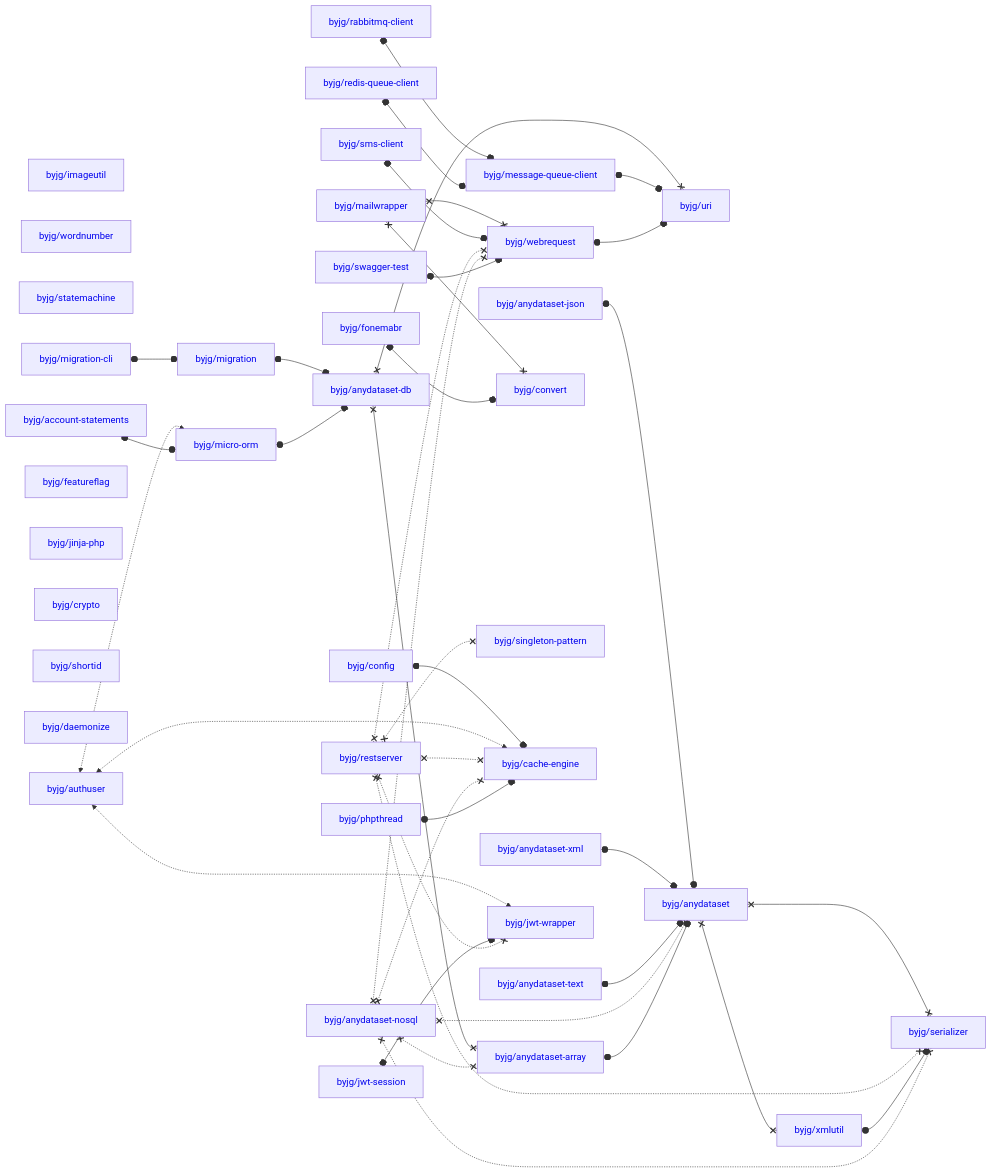
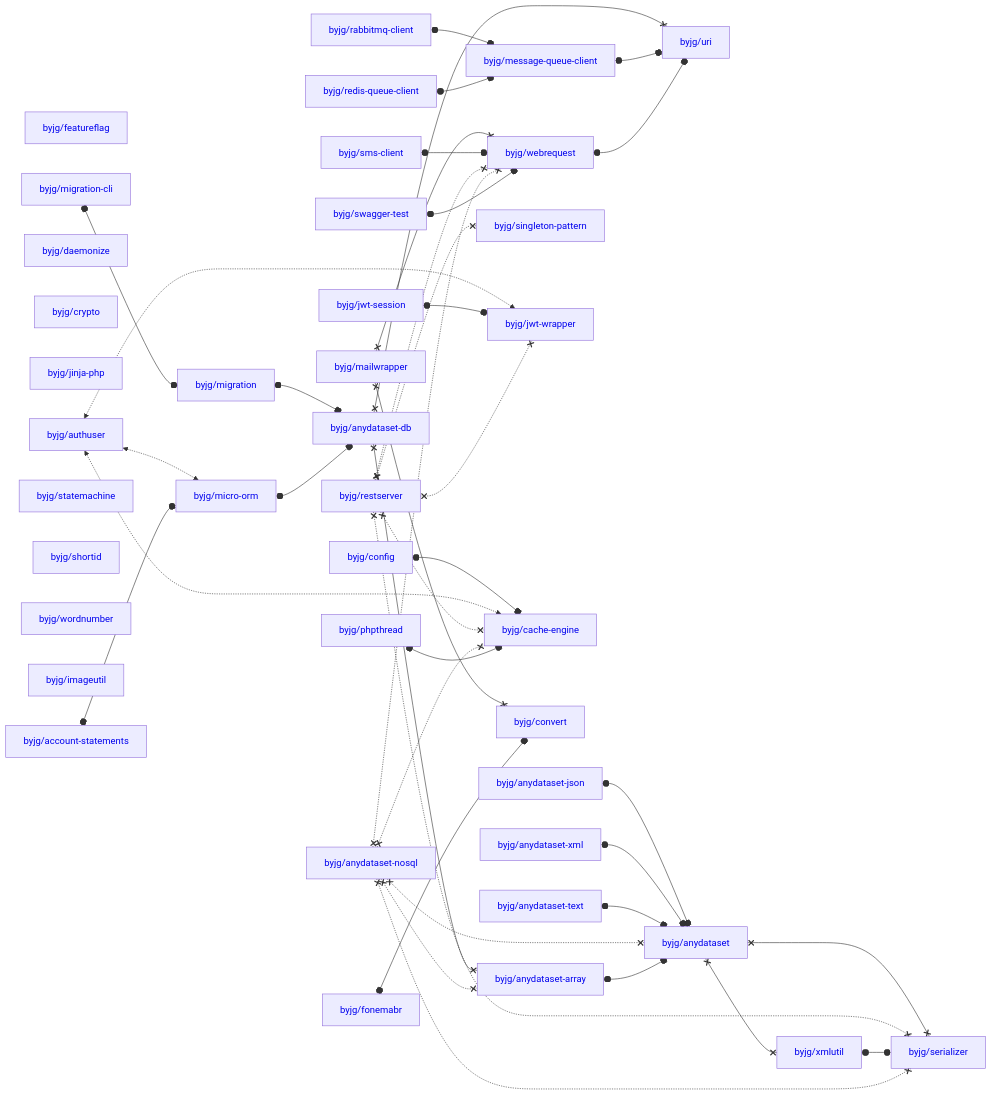
One commit to byjg/byjg.github.io changed the diagram in docs/php/README.md. Above: the diagram before and after it, drawn with Mermaid. The commit also changed other lines of this file, not shown here.

Commit message:
Update documentation 'php' 'php-migration'

````diff
--- a/docs/php/README.md
+++ b/docs/php/README.md
@@ -3,80 +3,80 @@
 ```mermaid
 graph LR;
+  byjg/featureflag[<a href='https://opensource.byjg.com/docs/php/featureflag' style='text-decoration:none'>byjg/featureflag</a>];
+  byjg/anydataset-xml[<a href='https://opensource.byjg.com/docs/php/anydataset-xml' style='text-decoration:none'>byjg/anydataset-xml</a>];
+  byjg/restserver[<a href='https://opensource.byjg.com/docs/php/restserver' style='text-decoration:none'>byjg/restserver</a>];
+  byjg/authuser[<a href='https://opensource.byjg.com/docs/php/authuser' style='text-decoration:none'>byjg/authuser</a>];
+  byjg/daemonize[<a href='https://opensource.byjg.com/docs/php/daemonize' style='text-decoration:none'>byjg/daemonize</a>];
+  byjg/jwt-session[<a href='https://opensource.byjg.com/docs/php/jwt-session' style='text-decoration:none'>byjg/jwt-session</a>];
+  byjg/crypto[<a href='https://opensource.byjg.com/docs/php/crypto' style='text-decoration:none'>byjg/crypto</a>];
+  byjg/fonemabr[<a href='https://opensource.byjg.com/docs/php/fonemabr' style='text-decoration:none'>byjg/fonemabr</a>];
+  byjg/config[<a href='https://opensource.byjg.com/docs/php/config' style='text-decoration:none'>byjg/config</a>];
+  byjg/anydataset-nosql[<a href='https://opensource.byjg.com/docs/php/anydataset-nosql' style='text-decoration:none'>byjg/anydataset-nosql</a>];
+  byjg/sms-client[<a href='https://opensource.byjg.com/docs/php/sms-client' style='text-decoration:none'>byjg/sms-client</a>];
+  byjg/jinja-php[<a href='https://opensource.byjg.com/docs/php/jinja-php' style='text-decoration:none'>byjg/jinja-php</a>];
+  byjg/account-statements[<a href='https://opensource.byjg.com/docs/php/account-statements' style='text-decoration:none'>byjg/account-statements</a>];
+  byjg/statemachine[<a href='https://opensource.byjg.com/docs/php/statemachine' style='text-decoration:none'>byjg/statemachine</a>];
+  byjg/phpthread[<a href='https://opensource.byjg.com/docs/php/phpthread' style='text-decoration:none'>byjg/phpthread</a>];
+  byjg/rabbitmq-client[<a href='https://opensource.byjg.com/docs/php/rabbitmq-client' style='text-decoration:none'>byjg/rabbitmq-client</a>];
+  byjg/shortid[<a href='https://opensource.byjg.com/docs/php/shortid' style='text-decoration:none'>byjg/shortid</a>];
+  byjg/swagger-test[<a href='https://opensource.byjg.com/docs/php/swagger-test' style='text-decoration:none'>byjg/swagger-test</a>];
+  byjg/mailwrapper[<a href='https://opensource.byjg.com/docs/php/mailwrapper' style='text-decoration:none'>byjg/mailwrapper</a>];
+  byjg/wordnumber[<a href='https://opensource.byjg.com/docs/php/wordnumber' style='text-decoration:none'>byjg/wordnumber</a>];
   byjg/redis-queue-client[<a href='https://opensource.byjg.com/docs/php/redis-queue-client' style='text-decoration:none'>byjg/redis-queue-client</a>];
+  byjg/imageutil[<a href='https://opensource.byjg.com/docs/php/imageutil' style='text-decoration:none'>byjg/imageutil</a>];
+  byjg/migration-cli[<a href='https://opensource.byjg.com/docs/php/migration-cli' style='text-decoration:none'>byjg/migration-cli</a>];
   byjg/anydataset-text[<a href='https://opensource.byjg.com/docs/php/anydataset-text' style='text-decoration:none'>byjg/anydataset-text</a>];
-  byjg/imageutil[<a href='https://opensource.byjg.com/docs/php/imageutil' style='text-decoration:none'>byjg/imageutil</a>];
-  byjg/wordnumber[<a href='https://opensource.byjg.com/docs/php/wordnumber' style='text-decoration:none'>byjg/wordnumber</a>];
-  byjg/phpthread[<a href='https://opensource.byjg.com/docs/php/phpthread' style='text-decoration:none'>byjg/phpthread</a>];
-  byjg/anydataset-xml[<a href='https://opensource.byjg.com/docs/php/anydataset-xml' style='text-decoration:none'>byjg/anydataset-xml</a>];
-  byjg/rabbitmq-client[<a href='https://opensource.byjg.com/docs/php/rabbitmq-client' style='text-decoration:none'>byjg/rabbitmq-client</a>];
-  byjg/statemachine[<a href='https://opensource.byjg.com/docs/php/statemachine' style='text-decoration:none'>byjg/statemachine</a>];
-  byjg/account-statements[<a href='https://opensource.byjg.com/docs/php/account-statements' style='text-decoration:none'>byjg/account-statements</a>];
-  byjg/fonemabr[<a href='https://opensource.byjg.com/docs/php/fonemabr' style='text-decoration:none'>byjg/fonemabr</a>];
-  byjg/authuser[<a href='https://opensource.byjg.com/docs/php/authuser' style='text-decoration:none'>byjg/authuser</a>];
-  byjg/featureflag[<a href='https://opensource.byjg.com/docs/php/featureflag' style='text-decoration:none'>byjg/featureflag</a>];
   byjg/anydataset-json[<a href='https://opensource.byjg.com/docs/php/anydataset-json' style='text-decoration:none'>byjg/anydataset-json</a>];
-  byjg/swagger-test[<a href='https://opensource.byjg.com/docs/php/swagger-test' style='text-decoration:none'>byjg/swagger-test</a>];
-  byjg/jinja-php[<a href='https://opensource.byjg.com/docs/php/jinja-php' style='text-decoration:none'>byjg/jinja-php</a>];
-  byjg/sms-client[<a href='https://opensource.byjg.com/docs/php/sms-client' style='text-decoration:none'>byjg/sms-client</a>];
-  byjg/crypto[<a href='https://opensource.byjg.com/docs/php/crypto' style='text-decoration:none'>byjg/crypto</a>];
-  byjg/shortid[<a href='https://opensource.byjg.com/docs/php/shortid' style='text-decoration:none'>byjg/shortid</a>];
-  byjg/anydataset-nosql[<a href='https://opensource.byjg.com/docs/php/anydataset-nosql' style='text-decoration:none'>byjg/anydataset-nosql</a>];
-  byjg/daemonize[<a href='https://opensource.byjg.com/docs/php/daemonize' style='text-decoration:none'>byjg/daemonize</a>];
-  byjg/config[<a href='https://opensource.byjg.com/docs/php/config' style='text-decoration:none'>byjg/config</a>];
-  byjg/mailwrapper[<a href='https://opensource.byjg.com/docs/php/mailwrapper' style='text-decoration:none'>byjg/mailwrapper</a>];
-  byjg/jwt-session[<a href='https://opensource.byjg.com/docs/php/jwt-session' style='text-decoration:none'>byjg/jwt-session</a>];
-  byjg/migration-cli[<a href='https://opensource.byjg.com/docs/php/migration-cli' style='text-decoration:none'>byjg/migration-cli</a>];
-  byjg/restserver[<a href='https://opensource.byjg.com/docs/php/restserver' style='text-decoration:none'>byjg/restserver</a>];
+  byjg/singleton-pattern[<a href='https://opensource.byjg.com/docs/php/singleton-pattern' style='text-decoration:none'>byjg/singleton-pattern</a>];
+  byjg/jwt-wrapper[<a href='https://opensource.byjg.com/docs/php/jwt-wrapper' style='text-decoration:none'>byjg/jwt-wrapper</a>];
+  byjg/micro-orm[<a href='https://opensource.byjg.com/docs/php/micro-orm' style='text-decoration:none'>byjg/micro-orm</a>];
+  byjg/cache-engine[<a href='https://opensource.byjg.com/docs/php/cache-engine' style='text-decoration:none'>byjg/cache-engine</a>];
+  byjg/convert[<a href='https://opensource.byjg.com/docs/php/convert' style='text-decoration:none'>byjg/convert</a>];
+  byjg/webrequest[<a href='https://opensource.byjg.com/docs/php/webrequest' style='text-decoration:none'>byjg/webrequest</a>];
   byjg/message-queue-client[<a href='https://opensource.byjg.com/docs/php/message-queue-client' style='text-decoration:none'>byjg/message-queue-client</a>];
-  byjg/micro-orm[<a href='https://opensource.byjg.com/docs/php/micro-orm' style='text-decoration:none'>byjg/micro-orm</a>];
-  byjg/convert[<a href='https://opensource.byjg.com/docs/php/convert' style='text-decoration:none'>byjg/convert</a>];
   byjg/migration[<a href='https://opensource.byjg.com/docs/php/migration' style='text-decoration:none'>byjg/migration</a>];
-  byjg/singleton-pattern[<a href='https://opensource.byjg.com/docs/php/singleton-pattern' style='text-decoration:none'>byjg/singleton-pattern</a>];
-  byjg/cache-engine[<a href='https://opensource.byjg.com/docs/php/cache-engine' style='text-decoration:none'>byjg/cache-engine</a>];
-  byjg/webrequest[<a href='https://opensource.byjg.com/docs/php/webrequest' style='text-decoration:none'>byjg/webrequest</a>];
-  byjg/jwt-wrapper[<a href='https://opensource.byjg.com/docs/php/jwt-wrapper' style='text-decoration:none'>byjg/jwt-wrapper</a>];
   byjg/anydataset-db[<a href='https://opensource.byjg.com/docs/php/anydataset-db' style='text-decoration:none'>byjg/anydataset-db</a>];
   byjg/anydataset-array[<a href='https://opensource.byjg.com/docs/php/anydataset-array' style='text-decoration:none'>byjg/anydataset-array</a>];
   byjg/uri[<a href='https://opensource.byjg.com/docs/php/uri' style='text-decoration:none'>byjg/uri</a>];
   byjg/anydataset[<a href='https://opensource.byjg.com/docs/php/anydataset' style='text-decoration:none'>byjg/anydataset</a>];
   byjg/xmlutil[<a href='https://opensource.byjg.com/docs/php/xmlutil' style='text-decoration:none'>byjg/xmlutil</a>];
   byjg/serializer[<a href='https://opensource.byjg.com/docs/php/serializer' style='text-decoration:none'>byjg/serializer</a>];
   byjg/config o--o byjg/cache-engine;
   byjg/migration o--o byjg/anydataset-db;
   byjg/rabbitmq-client o--o byjg/message-queue-client;
   byjg/redis-queue-client o--o byjg/message-queue-client;
   byjg/authuser <-.-> byjg/micro-orm;
   byjg/authuser <-.-> byjg/cache-engine;
   byjg/authuser <-.-> byjg/jwt-wrapper;
   byjg/anydataset-db x--x byjg/anydataset-array;
   byjg/anydataset-db x--x byjg/uri;
   byjg/mailwrapper x--x byjg/convert;
   byjg/mailwrapper x--x byjg/webrequest;
   byjg/anydataset-json o--o byjg/anydataset;
   byjg/anydataset-xml o--o byjg/anydataset;
   byjg/jwt-session o--o byjg/jwt-wrapper;
   byjg/account-statements o--o byjg/micro-orm;
   byjg/message-queue-client o--o byjg/uri;
   byjg/migration-cli o--o byjg/migration;
   byjg/micro-orm o--o byjg/anydataset-db;
   byjg/anydataset-text o--o byjg/anydataset;
   byjg/sms-client o--o byjg/webrequest;
   byjg/anydataset x--x byjg/serializer;
   byjg/anydataset x--x byjg/xmlutil;
   byjg/webrequest o--o byjg/uri;
   byjg/restserver x-.-x byjg/serializer;
   byjg/restserver x-.-x byjg/singleton-pattern;
   byjg/restserver x-.-x byjg/cache-engine;
   byjg/restserver x-.-x byjg/webrequest;
   byjg/restserver x-.-x byjg/jwt-wrapper;
   byjg/xmlutil o--o byjg/serializer;
   byjg/anydataset-nosql x-.-x byjg/anydataset;
   byjg/anydataset-nosql x-.-x byjg/anydataset-array;
   byjg/anydataset-nosql x-.-x byjg/serializer;
   byjg/anydataset-nosql x-.-x byjg/webrequest;
   byjg/anydataset-nosql x-.-x byjg/cache-engine;
   byjg/anydataset-array o--o byjg/anydataset;
   byjg/swagger-test o--o byjg/webrequest;
   byjg/phpthread o--o byjg/cache-engine;
   byjg/fonemabr o--o byjg/convert;
 ```
````
